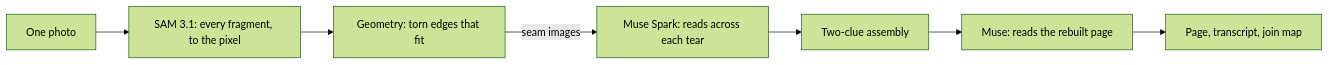
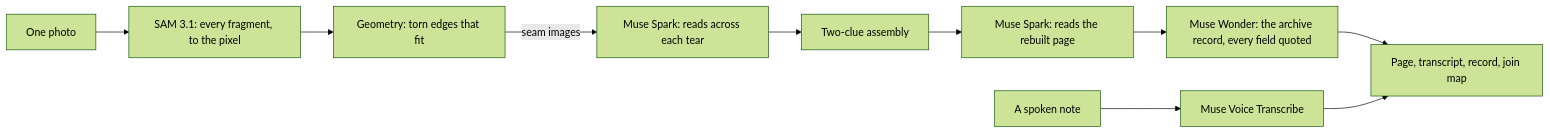
The diagram in README.md (iamdflame/untorn), drawn with Mermaid (forest theme) before and after one commit. The commit also changed other lines of this file and 4 other files, not shown here.

````diff
--- a/README.md
+++ b/README.md
@@ -26,9 +38,12 @@
 ```mermaid
 flowchart LR
   P[One photo] --> S[SAM 3.1: every fragment, to the pixel]
   S --> G[Geometry: torn edges that fit]
   G -->|seam images| M[Muse Spark: reads across each tear]
   M --> A[Two-clue assembly]
-  A --> R[Muse: reads the rebuilt page]
-  R --> O[Page, transcript, join map]
+  A --> R[Muse Spark: reads the rebuilt page]
+  R --> W[Muse Wonder: the archive record, every field quoted]
+  N[A spoken note] --> V[Muse Voice Transcribe]
+  W --> O[Page, transcript, record, join map]
+  V --> O
 ```
````
